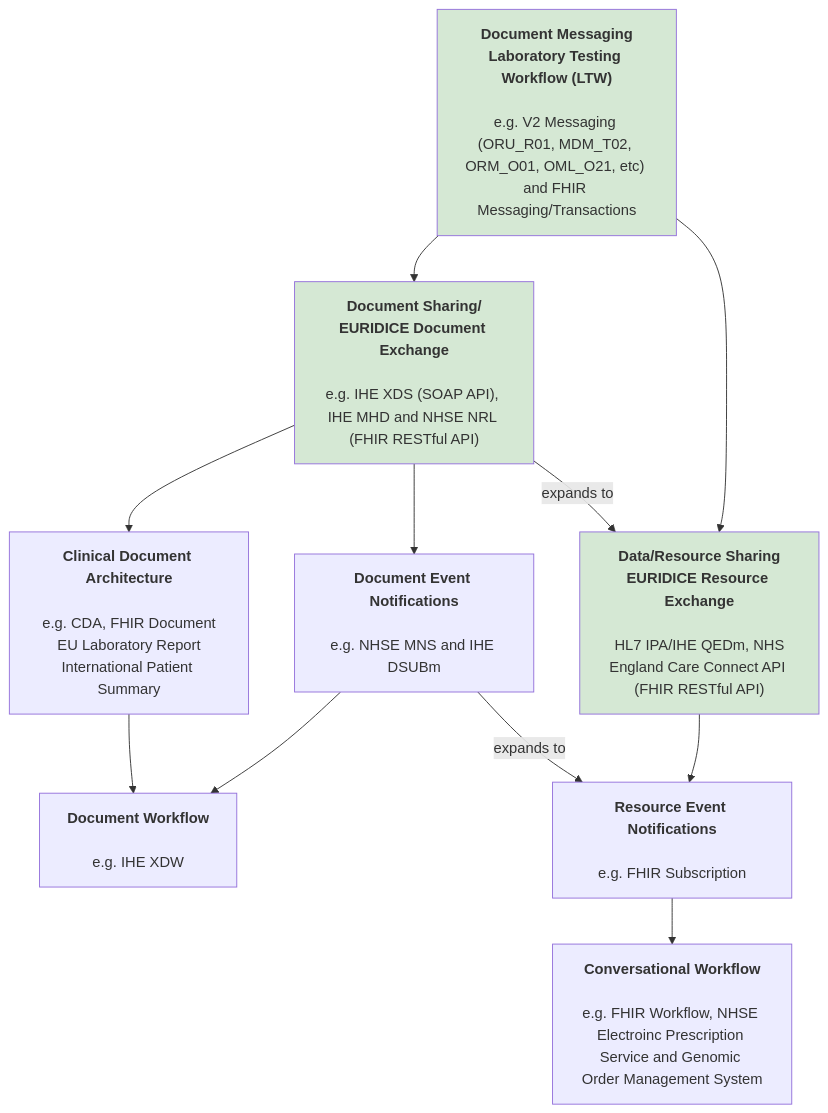
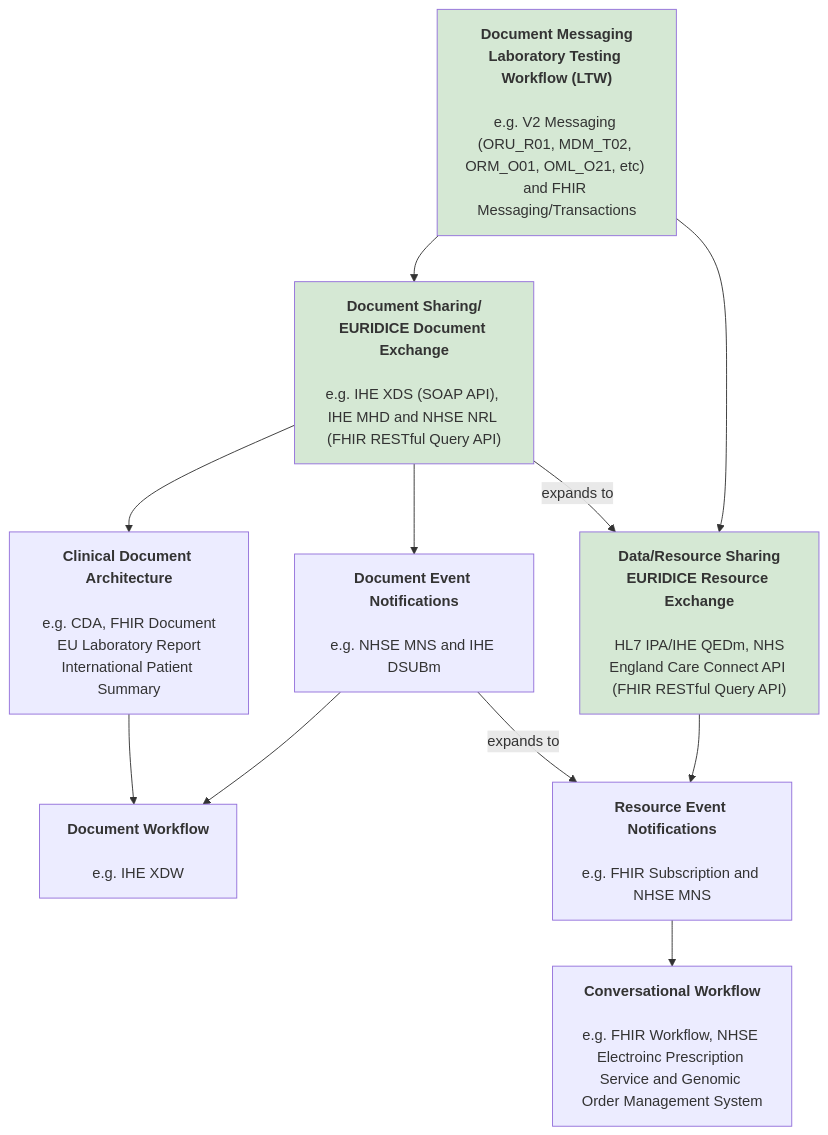
Before and after one commit to nw-gmsa/nw-gmsa.github.com: the first of 16 diagrams in input/pagecontent/exchange.md, drawn with Mermaid. The commit also changed other lines of this file and 1 other file, not shown here.

Commit message:
mermaid typo

````diff
--- a/input/pagecontent/exchange.md
+++ b/input/pagecontent/exchange.md
@@ -2,33 +2,33 @@
 ```mermaid
 graph TD;
 
 
 DocumentMessaging["<b>Document Messaging</b><br/><b>Laboratory Testing Workflow (LTW)</b><br/><br/>e.g. V2 Messaging (ORU_R01, MDM_T02, ORM_O01, OML_O21, etc) and FHIR Messaging/Transactions"]
-DocumentSharing["<b>Document Sharing/<br/>EURIDICE Document Exchange</b><br/><br/>e.g. IHE XDS (SOAP API), IHE MHD and NHSE NRL (FHIR RESTful API) "]
+DocumentSharing["<b>Document Sharing/<br/>EURIDICE Document Exchange</b><br/><br/>e.g. IHE XDS (SOAP API), IHE MHD and NHSE NRL (FHIR RESTful Query API) "]
 
 DocumentEventNotifications[<b>Document Event Notifications</b><br/><br/>e.g. NHSE MNS and IHE DSUBm]
 ClinicalDocumentArchitecture[<b>Clinical Document Architecture</b><br/><br/>e.g. CDA, FHIR Document<br/>EU Laboratory Report<br/>International Patient Summary] 
 DocumentWorkflow[<b>Document Workflow</b><br/><br/>e.g. IHE XDW]
 
-DataSharig["<b>Data/Resource Sharing<br/>EURIDICE Resource Exchange</b><br/><br/> HL7 IPA/IHE QEDm, NHS England Care Connect API (FHIR RESTful API)"]
-ResourceEventNotifications[<b>Resource Event Notifications</b><br/><br/>e.g. FHIR Subscription]
+DataSharig["<b>Data/Resource Sharing<br/>EURIDICE Resource Exchange</b><br/><br/> HL7 IPA/IHE QEDm, NHS England Care Connect API (FHIR RESTful Query API)"]
+ResourceEventNotifications[<b>Resource Event Notifications</b><br/><br/>e.g. FHIR Subscription and NHSE MNS]
 ConversationalMessaging[<b>Conversational Workflow</b><br/><br/>e.g. FHIR Workflow, NHSE Electroinc Prescription Service and Genomic Order Management System]
 
 
 DocumentMessaging --> DocumentSharing
 DocumentSharing --> DocumentEventNotifications
 DocumentSharing --> ClinicalDocumentArchitecture
 DocumentEventNotifications --> DocumentWorkflow
 ClinicalDocumentArchitecture --> DocumentWorkflow
 
 DocumentMessaging --> DataSharig
 DataSharig --> ResourceEventNotifications
 ResourceEventNotifications --> ConversationalMessaging
 
 DocumentSharing --> |expands to| DataSharig
 DocumentEventNotifications --> |expands to| ResourceEventNotifications
 
 classDef green fill:#D5E8D4;
 
 class DocumentMessaging,DocumentSharing,DataSharig green
 ```
````
